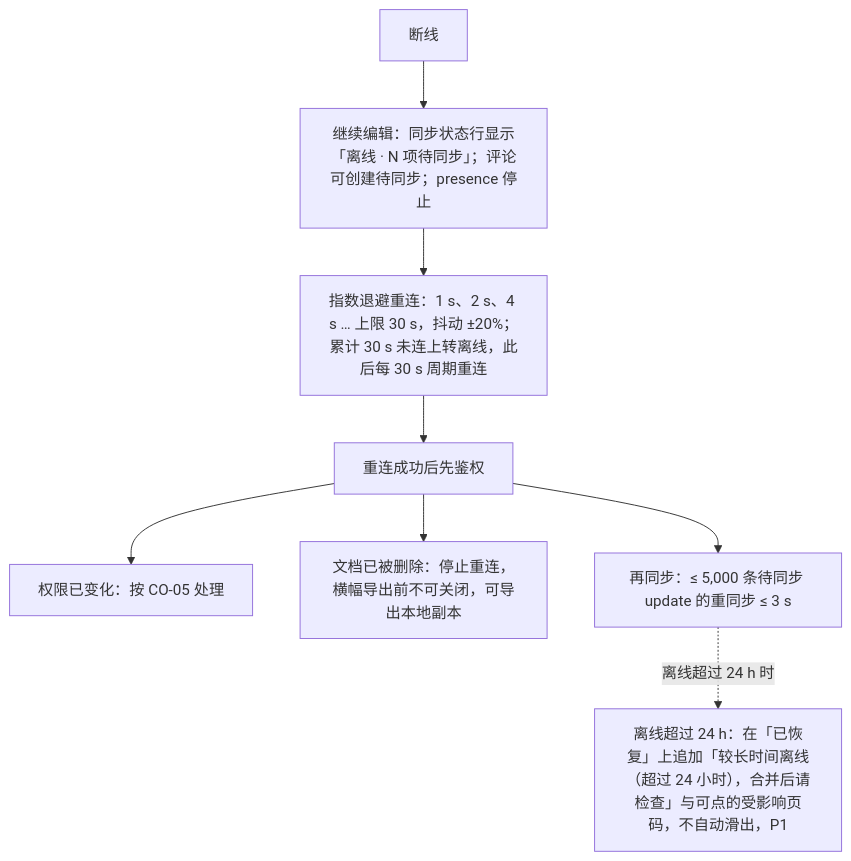
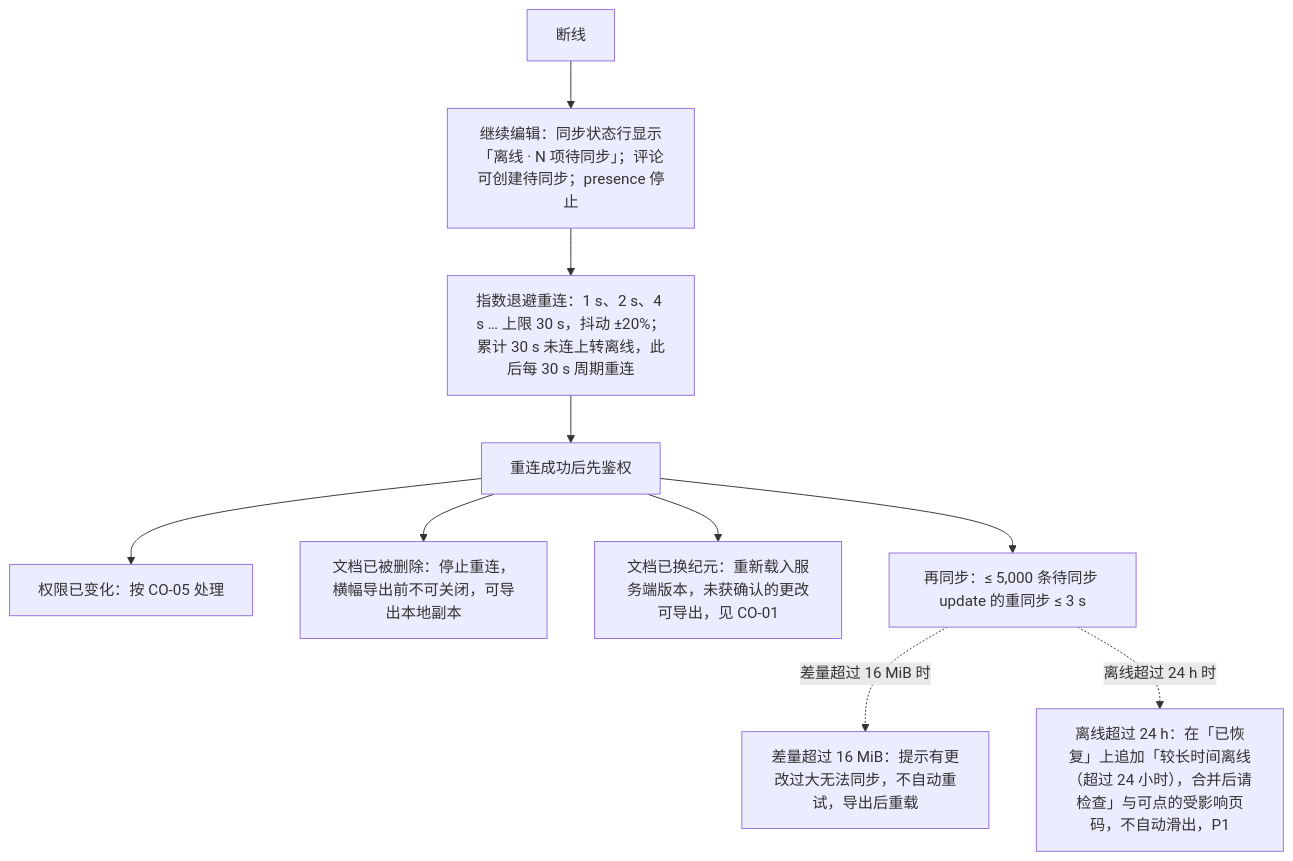
One commit to Xeonice/cordis-ppt-editor changed the fourth of 10 diagrams in docs/10-prd/03-features/03-collaboration.md. Above: the diagram before and after it, drawn with Mermaid. The commit also changed other lines of this file and 19 other files, not shown here.

````diff
--- a/docs/10-prd/03-features/03-collaboration.md
+++ b/docs/10-prd/03-features/03-collaboration.md
@@ -193,16 +200,20 @@
 ```mermaid
 flowchart TB
   drop["断线"]
   local["继续编辑：同步状态行显示「离线 · N 项待同步」；评论可创建待同步；presence 停止"]
   backoff["指数退避重连：1 s、2 s、4 s … 上限 30 s，抖动 ±20%；累计 30 s 未连上转离线，此后每 30 s 周期重连"]
   auth["重连成功后先鉴权"]
   perm["权限已变化：按 CO-05 处理"]
   deleted["文档已被删除：停止重连，横幅导出前不可关闭，可导出本地副本"]
+  epoch["文档已换纪元：重新载入服务端版本，未获确认的更改可导出，见 CO-01"]
   sync["再同步：≤ 5,000 条待同步 update 的重同步 ≤ 3 s"]
+  big["差量超过 16 MiB：提示有更改过大无法同步，不自动重试，导出后重载"]
   long["离线超过 24 h：在「已恢复」上追加「较长时间离线（超过 24 小时），合并后请检查」与可点的受影响页码，不自动滑出，P1"]
   drop --> local --> backoff --> auth
   auth --> perm
   auth --> deleted
+  auth --> epoch
   auth --> sync
+  sync -.->|"差量超过 16 MiB 时"| big
   sync -.->|"离线超过 24 h 时"| long
 ```
````
